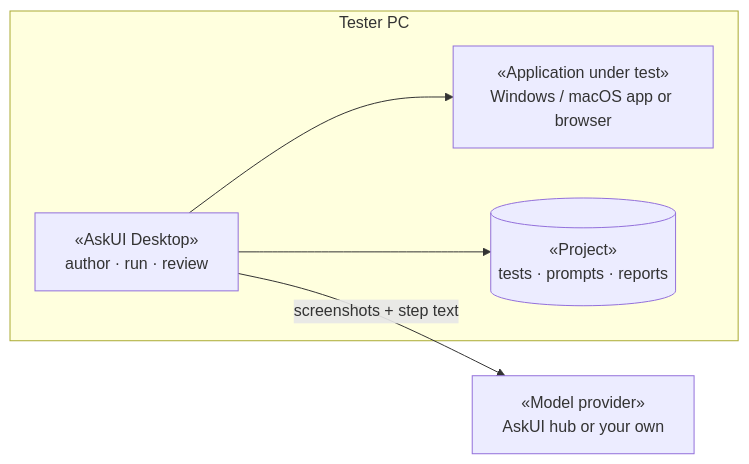
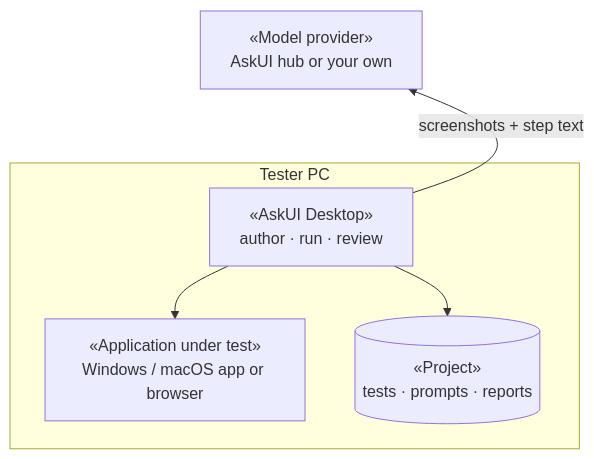
One commit to askui/docs-rewrite changed the first of 2 diagrams in content/docs/concepts/enterprise-fit.mdx. Above: the diagram before and after it, drawn with Mermaid. The commit also changed other lines of this file, not shown here.

First line of the commit message:
docs(enterprise-fit): model provider pinned to the top of both diagrams

````diff
--- a/content/docs/concepts/enterprise-fit.mdx
+++ b/content/docs/concepts/enterprise-fit.mdx
@@ -19,11 +19,13 @@
 ```mermaid
-flowchart LR
+flowchart TB
+  M["«Model provider»<br/>AskUI hub or your own"]
   subgraph pc["Tester PC"]
     D["«AskUI Desktop»<br/>author · run · review"]
     A["«Application under test»<br/>Windows / macOS app or browser"]
     F[("«Project»<br/>tests · prompts · reports")]
   end
+  M ~~~ pc
+  D -->|"screenshots + step text"| M
   D --> A
   D --> F
-  D -->|"screenshots + step text"| M["«Model provider»<br/>AskUI hub or your own"]
 ```
````
